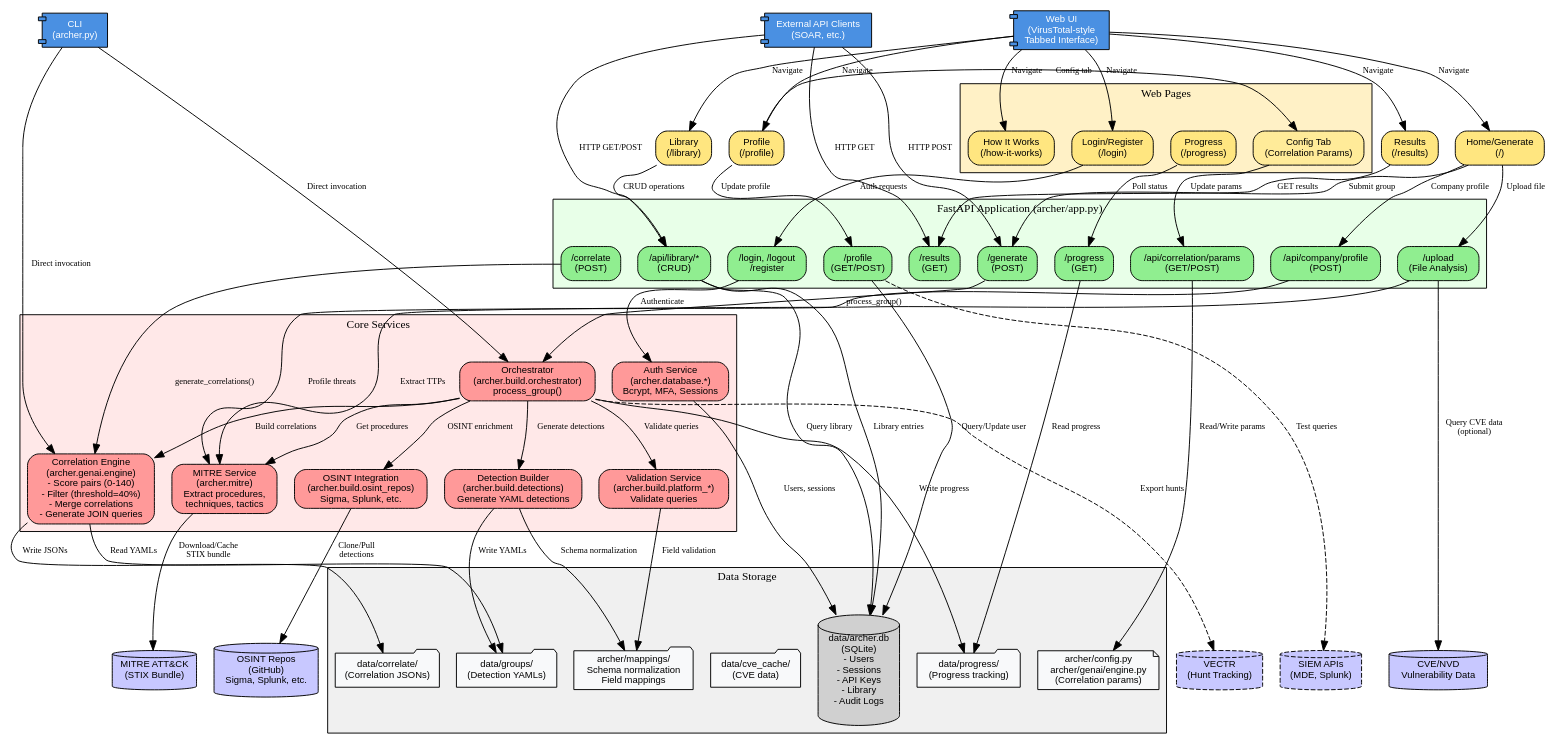
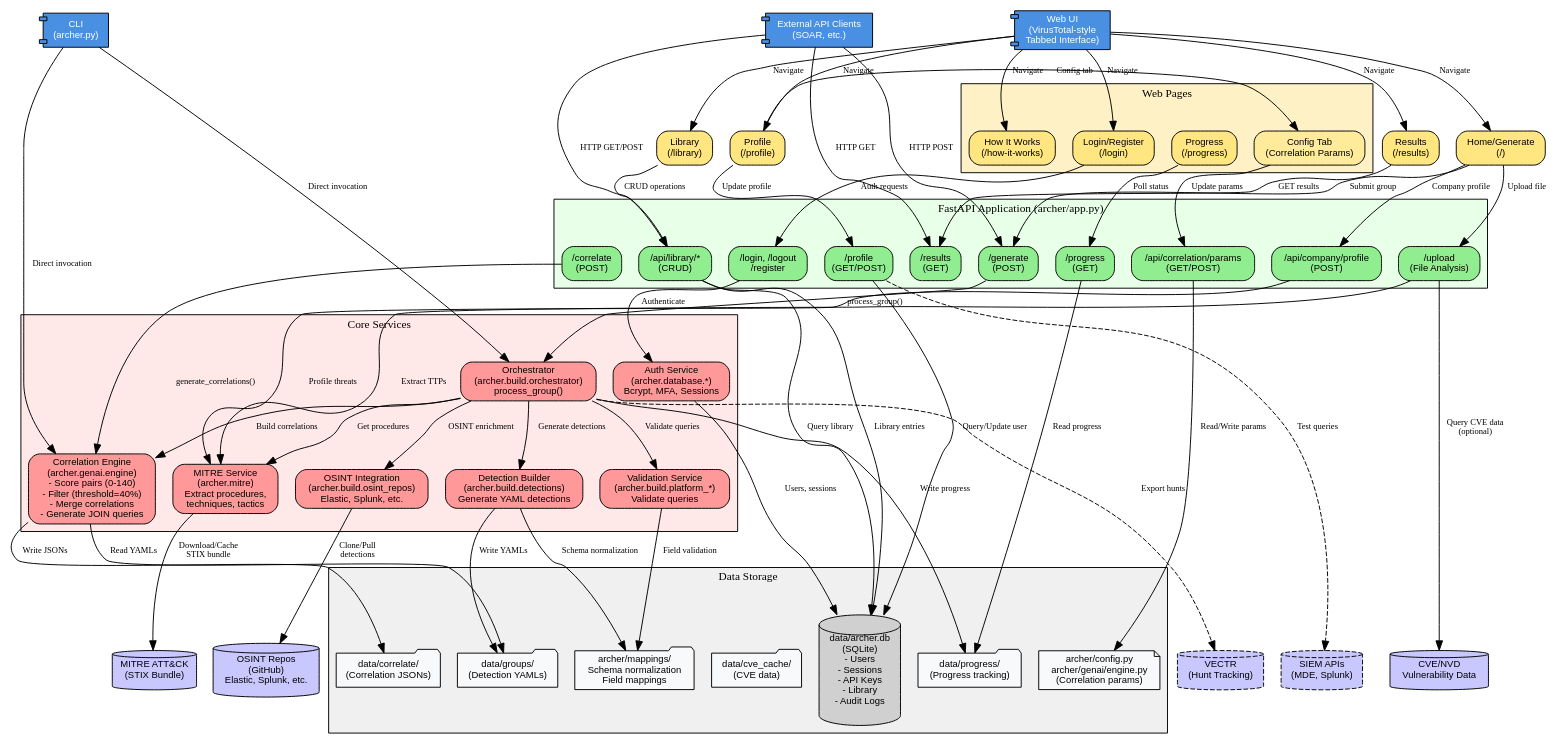
One commit to cmdaltr/shikari changed the diagram in docs/architecture/diagrams/flow/archer_flow.dot. Above: the diagram before and after it, drawn with Graphviz. The commit also changed 24 other files, not shown here.

```diff
--- a/docs/architecture/diagrams/flow/archer_flow.dot
+++ b/docs/architecture/diagrams/flow/archer_flow.dot
@@ -88,7 +88,7 @@
 
     detection_builder [label="Detection Builder\n(archer.build.detections)\nGenerate YAML detections", fillcolor="#ff9999"];
 
-    osint_service [label="OSINT Integration\n(archer.build.osint_repos)\nSigma, Splunk, etc.", fillcolor="#ff9999"];
+    osint_service [label="OSINT Integration\n(archer.build.osint_repos)\nElastic, Splunk, etc.", fillcolor="#ff9999"];
 
     validation_service [label="Validation Service\n(archer.build.platform_*)\nValidate queries", fillcolor="#ff9999"];
 
@@ -130,7 +130,7 @@
     fontsize=12;
 
     mitre_attack [label="MITRE ATT&CK\n(STIX Bundle)", shape=cylinder, fillcolor="#c8c8ff"];
-    osint_repos [label="OSINT Repos\n(GitHub)\nSigma, Splunk, etc.", shape=cylinder, fillcolor="#c8c8ff"];
+    osint_repos [label="OSINT Repos\n(GitHub)\nElastic, Splunk, etc.", shape=cylinder, fillcolor="#c8c8ff"];
     cve_nvd [label="CVE/NVD\nVulnerability Data", shape=cylinder, fillcolor="#c8c8ff"];
     vectr [label="VECTR\n(Hunt Tracking)", shape=cylinder, fillcolor="#c8c8ff", style="dashed,filled"];
     siem_apis [label="SIEM APIs\n(MDE, Splunk)", shape=cylinder, fillcolor="#c8c8ff", style="dashed,filled"];
```
